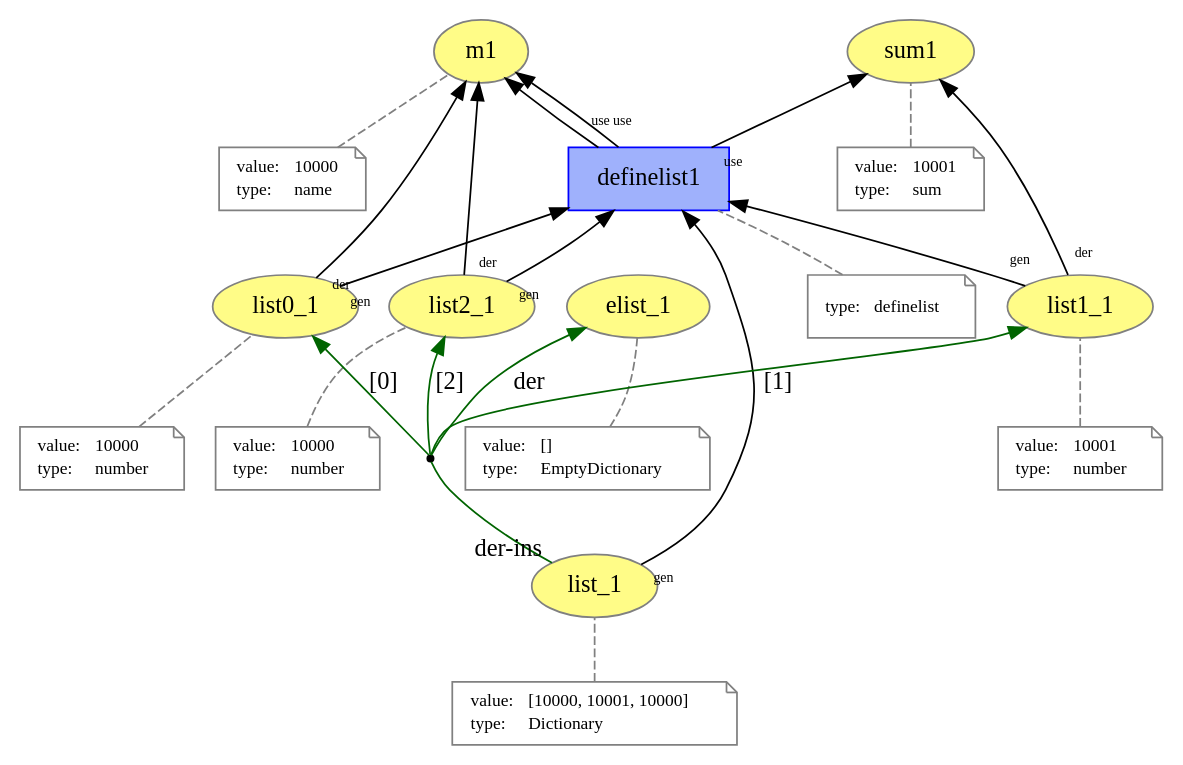
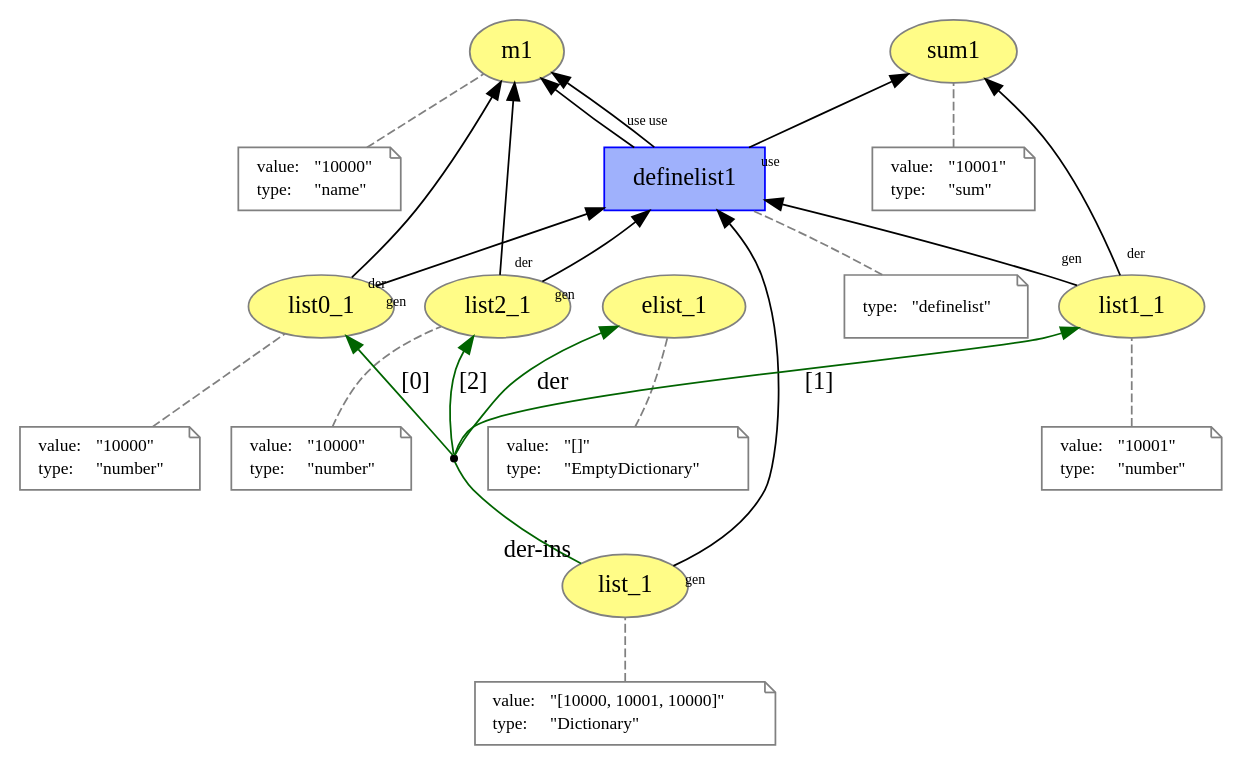
One commit to dew-uff/versioned-prov changed the diagram in prov_dictionary/list.dot. Above: the diagram before and after it, drawn with Graphviz. The commit also changed 93 other files, not shown here.

```diff
--- a/prov_dictionary/list.dot
+++ b/prov_dictionary/list.dot
@@ -1,110 +1,110 @@
 digraph "PROV" { size="16,12"; rankdir="BT";
 "http://example.org/m1" [fillcolor="#FFFC87",color="#808080",style="filled",label="m1",URL="http://example.org/m1"]
 "-attrs0" [color="gray",shape="note",fontsize="10",fontcolor="black",label=<<TABLE cellpadding="0" border="0">
 	<TR>
 	    <TD align="left">value:</TD>
-	    <TD align="left">10000</TD>
+	    <TD align="left">&quot;10000&quot;</TD>
 	</TR>
 	<TR>
 	    <TD align="left">type:</TD>
-	    <TD align="left">name</TD>
+	    <TD align="left">&quot;name&quot;</TD>
 	</TR>
 </TABLE>>]
 "-attrs0" -> "http://example.org/m1" [color="gray",style="dashed",arrowhead="none"]
 "http://example.org/sum1" [fillcolor="#FFFC87",color="#808080",style="filled",label="sum1",URL="http://example.org/sum1"]
 "-attrs1" [color="gray",shape="note",fontsize="10",fontcolor="black",label=<<TABLE cellpadding="0" border="0">
 	<TR>
 	    <TD align="left">value:</TD>
-	    <TD align="left">10001</TD>
+	    <TD align="left">&quot;10001&quot;</TD>
 	</TR>
 	<TR>
 	    <TD align="left">type:</TD>
-	    <TD align="left">sum</TD>
+	    <TD align="left">&quot;sum&quot;</TD>
 	</TR>
 </TABLE>>]
 "-attrs1" -> "http://example.org/sum1" [color="gray",style="dashed",arrowhead="none"]
 "http://example.org/elist_1" [fillcolor="#FFFC87",color="#808080",style="filled",label="elist_1",URL="http://example.org/elist_1"]
 "-attrs2" [color="gray",shape="note",fontsize="10",fontcolor="black",label=<<TABLE cellpadding="0" border="0">
 	<TR>
 	    <TD align="left">value:</TD>
-	    <TD align="left">[]</TD>
+	    <TD align="left">&quot;[]&quot;</TD>
 	</TR>
 	<TR>
 	    <TD align="left">type:</TD>
-	    <TD align="left">EmptyDictionary</TD>
+	    <TD align="left">&quot;EmptyDictionary&quot;</TD>
 	</TR>
 </TABLE>>]
 "-attrs2" -> "http://example.org/elist_1" [color="gray",style="dashed",arrowhead="none"]
 "http://example.org/list_1" [fillcolor="#FFFC87",color="#808080",style="filled",label="list_1",URL="http://example.org/list_1"]
 "-attrs3" [color="gray",shape="note",fontsize="10",fontcolor="black",label=<<TABLE cellpadding="0" border="0">
 	<TR>
 	    <TD align="left">value:</TD>
-	    <TD align="left">[10000, 10001, 10000]</TD>
+	    <TD align="left">&quot;[10000, 10001, 10000]&quot;</TD>
 	</TR>
 	<TR>
 	    <TD align="left">type:</TD>
-	    <TD align="left">Dictionary</TD>
+	    <TD align="left">&quot;Dictionary&quot;</TD>
 	</TR>
 </TABLE>>]
 "-attrs3" -> "http://example.org/list_1" [color="gray",style="dashed",arrowhead="none"]
 "http://example.org/list0_1" [fillcolor="#FFFC87",color="#808080",style="filled",label="list0_1",URL="http://example.org/list0_1"]
 "-attrs4" [color="gray",shape="note",fontsize="10",fontcolor="black",label=<<TABLE cellpadding="0" border="0">
 	<TR>
 	    <TD align="left">value:</TD>
-	    <TD align="left">10000</TD>
+	    <TD align="left">&quot;10000&quot;</TD>
 	</TR>
 	<TR>
 	    <TD align="left">type:</TD>
-	    <TD align="left">number</TD>
+	    <TD align="left">&quot;number&quot;</TD>
 	</TR>
 </TABLE>>]
 "-attrs4" -> "http://example.org/list0_1" [color="gray",style="dashed",arrowhead="none"]
 "http://example.org/list1_1" [fillcolor="#FFFC87",color="#808080",style="filled",label="list1_1",URL="http://example.org/list1_1"]
 "-attrs5" [color="gray",shape="note",fontsize="10",fontcolor="black",label=<<TABLE cellpadding="0" border="0">
 	<TR>
 	    <TD align="left">value:</TD>
-	    <TD align="left">10001</TD>
+	    <TD align="left">&quot;10001&quot;</TD>
 	</TR>
 	<TR>
 	    <TD align="left">type:</TD>
-	    <TD align="left">number</TD>
+	    <TD align="left">&quot;number&quot;</TD>
 	</TR>
 </TABLE>>]
 "-attrs5" -> "http://example.org/list1_1" [color="gray",style="dashed",arrowhead="none"]
 "http://example.org/list2_1" [fillcolor="#FFFC87",color="#808080",style="filled",label="list2_1",URL="http://example.org/list2_1"]
 "-attrs6" [color="gray",shape="note",fontsize="10",fontcolor="black",label=<<TABLE cellpadding="0" border="0">
 	<TR>
 	    <TD align="left">value:</TD>
-	    <TD align="left">10000</TD>
+	    <TD align="left">&quot;10000&quot;</TD>
 	</TR>
 	<TR>
 	    <TD align="left">type:</TD>
-	    <TD align="left">number</TD>
+	    <TD align="left">&quot;number&quot;</TD>
 	</TR>
 </TABLE>>]
 "-attrs6" -> "http://example.org/list2_1" [color="gray",style="dashed",arrowhead="none"]
 "bn0" [shape="point",label=""]
 "http://example.org/list_1" -> "bn0" [arrowhead="none",taillabel="der-ins",color="darkgreen"]
 "bn0" -> "http://example.org/elist_1" [labelfontsize="8",labeldistance="1.5",color="darkgreen",labelangle="60.0",rotation="20",label="der"]
 "bn0" -> "http://example.org/list0_1" [labelfontsize="8",labeldistance="1.5",color="darkgreen",labelangle="60.0",rotation="20",label="[0]"]
 "bn0" -> "http://example.org/list1_1" [labelfontsize="8",labeldistance="1.5",color="darkgreen",labelangle="60.0",rotation="20",label="[1]"]
 "bn0" -> "http://example.org/list2_1" [labelfontsize="8",labeldistance="1.5",color="darkgreen",labelangle="60.0",rotation="20",label="[2]"]
 "http://example.org/definelist1" [fillcolor="#9FB1FC",color="#0000FF",shape="polygon",sides="4",style="filled",label="definelist1",URL="http://example.org/definelist1"]
 "-attrs7" [color="gray",shape="note",fontsize="10",fontcolor="black",label=<<TABLE cellpadding="0" border="0">
 	<TR>
 	    <TD align="left">type:</TD>
-	    <TD align="left">definelist</TD>
+	    <TD align="left">&quot;definelist&quot;</TD>
 	</TR>
 </TABLE>>]
 "-attrs7" -> "http://example.org/definelist1" [color="gray",style="dashed",arrowhead="none"]
 "http://example.org/definelist1" -> "http://example.org/m1" [labelfontsize="8",labeldistance="1.5",labelangle="60.0",rotation="20",taillabel="use"]
 "http://example.org/list0_1" -> "http://example.org/definelist1" [labelfontsize="8",labeldistance="1.5",labelangle="60.0",rotation="20",taillabel="gen"]
 "http://example.org/list0_1" -> "http://example.org/m1" [labelfontsize="8",labeldistance="1.5",labelangle="60.0",rotation="20",taillabel="der"]
 "http://example.org/definelist1" -> "http://example.org/sum1" [labelfontsize="8",labeldistance="1.5",labelangle="60.0",rotation="20",taillabel="use"]
 "http://example.org/list1_1" -> "http://example.org/definelist1" [labelfontsize="8",labeldistance="1.5",labelangle="60.0",rotation="20",taillabel="gen"]
 "http://example.org/list1_1" -> "http://example.org/sum1" [labelfontsize="8",labeldistance="1.5",labelangle="60.0",rotation="20",taillabel="der"]
 "http://example.org/definelist1" -> "http://example.org/m1" [labelfontsize="8",labeldistance="1.5",labelangle="60.0",rotation="20",taillabel="use"]
 "http://example.org/list2_1" -> "http://example.org/definelist1" [labelfontsize="8",labeldistance="1.5",labelangle="60.0",rotation="20",taillabel="gen"]
 "http://example.org/list2_1" -> "http://example.org/m1" [labelfontsize="8",labeldistance="1.5",labelangle="60.0",rotation="20",taillabel="der"]
 "http://example.org/list_1" -> "http://example.org/definelist1" [labelfontsize="8",labeldistance="1.5",labelangle="60.0",rotation="20",taillabel="gen"]
 }
```
